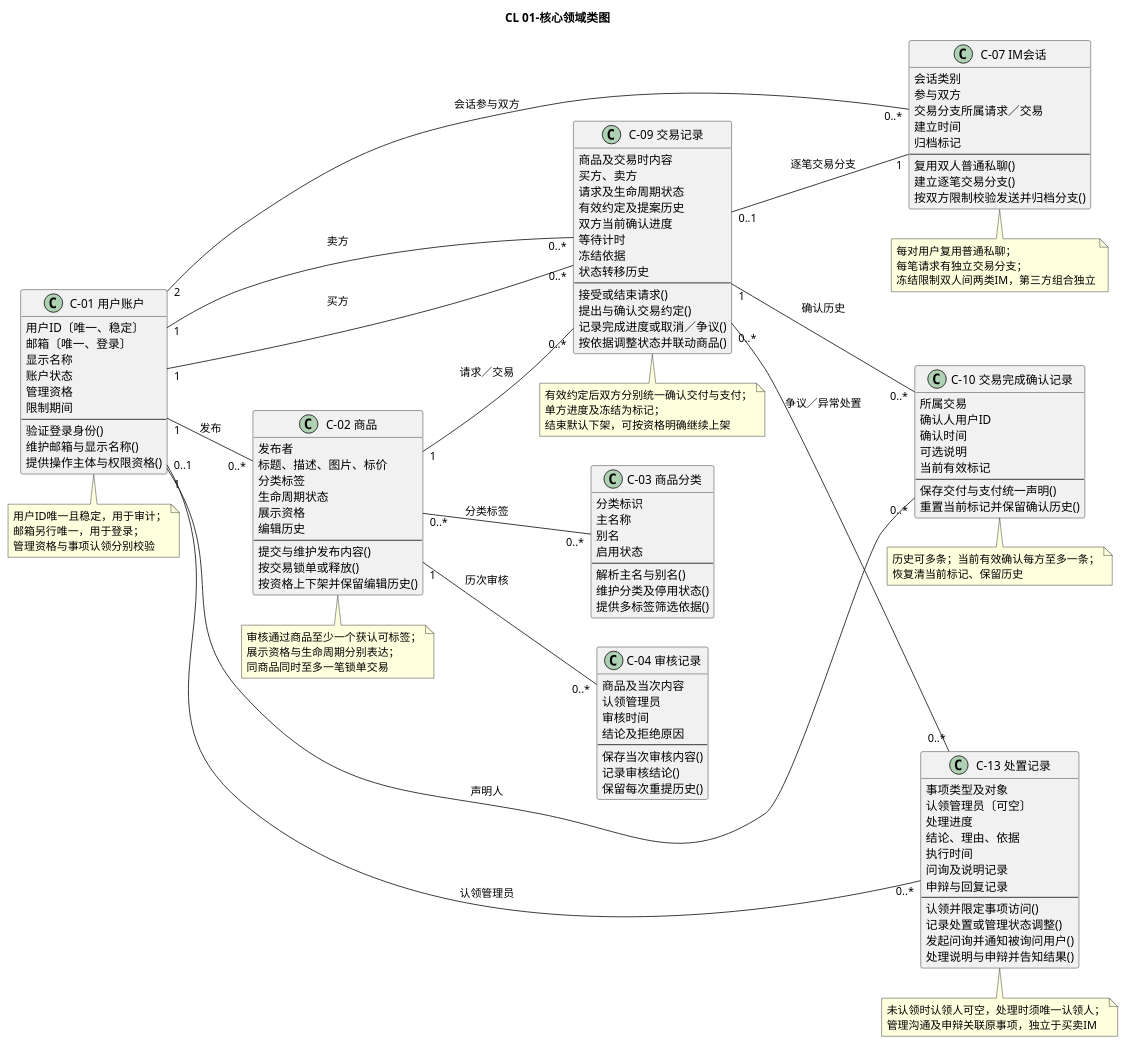
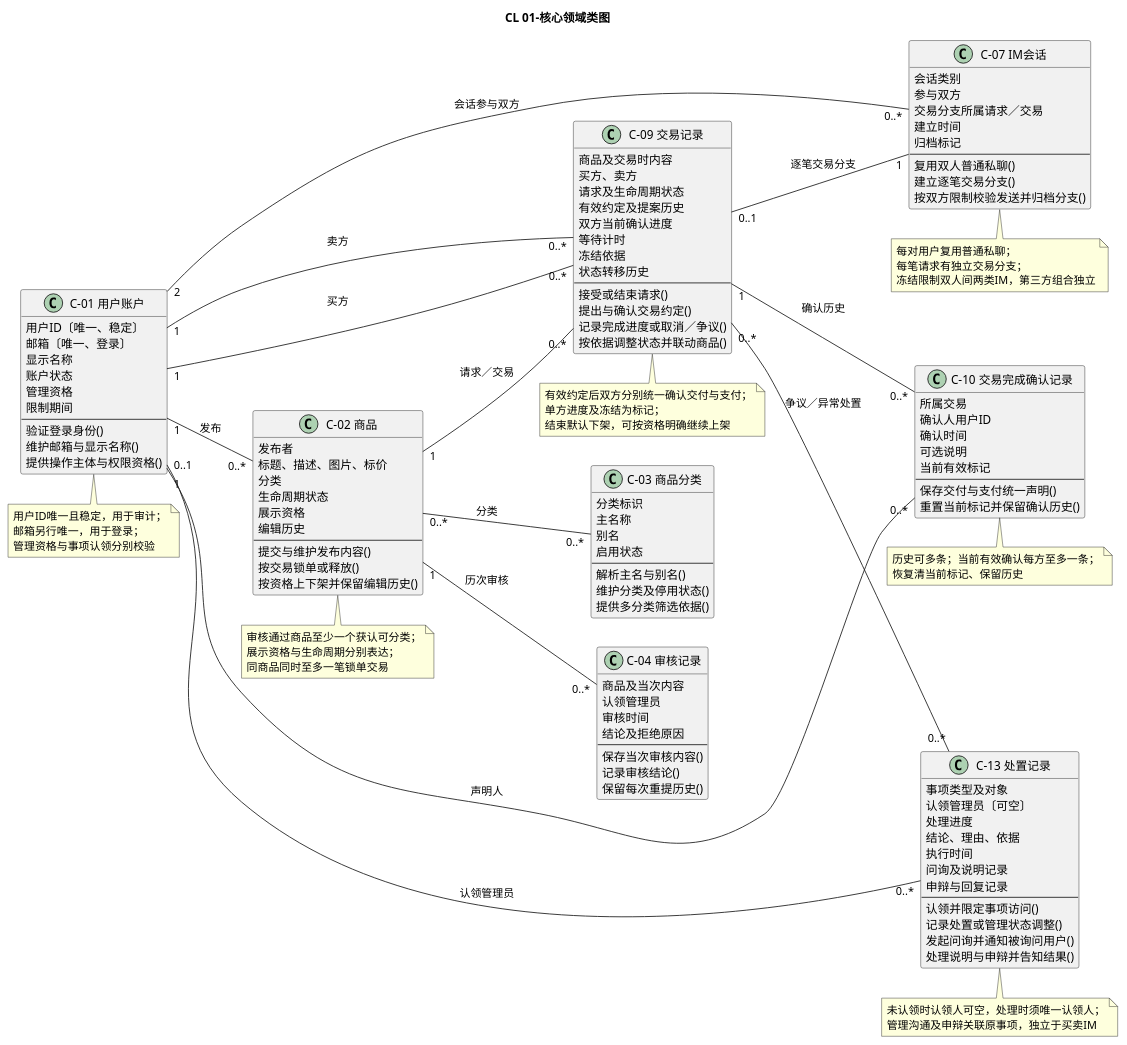
Before and after one commit to iy88/se-course-project-1: the diagram in docs/appendices/models/CL-01-核心领域类图.puml, drawn with PlantUML. The commit also changed other lines of this file and 53 other files, not shown here.

```diff
--- a/docs/appendices/models/CL-01-核心领域类图.puml
+++ b/docs/appendices/models/CL-01-核心领域类图.puml
@@ -6,145 +6,145 @@
 @startuml
 skinparam defaultFontName "PingFang SC"
 skinparam shadowing false
 skinparam classAttributeIconSize 0
 skinparam nodesep 35
 skinparam ranksep 45
 hide empty members
 
 title CL 01-核心领域类图
 left to right direction
 class "C-01 用户账户" as C01 {
   用户ID〔唯一、稳定〕
   邮箱〔唯一、登录〕
   显示名称
   账户状态
   管理资格
   限制期间
   --
   验证登录身份()
   维护邮箱与显示名称()
   提供操作主体与权限资格()
 }
 class "C-02 商品" as C02 {
   发布者
   标题、描述、图片、标价
-  分类标签
+  分类
   生命周期状态
   展示资格
   编辑历史
   --
   提交与维护发布内容()
   按交易锁单或释放()
   按资格上下架并保留编辑历史()
 }
 class "C-03 商品分类" as C03 {
   分类标识
   主名称
   别名
   启用状态
   --
   解析主名与别名()
   维护分类及停用状态()
-  提供多标签筛选依据()
+  提供多分类筛选依据()
 }
 class "C-04 审核记录" as C04 {
   商品及当次内容
   认领管理员
   审核时间
   结论及拒绝原因
   --
   保存当次审核内容()
   记录审核结论()
   保留每次重提历史()
 }
 class "C-07 IM会话" as C07 {
   会话类别
   参与双方
   交易分支所属请求／交易
   建立时间
   归档标记
   --
   复用双人普通私聊()
   建立逐笔交易分支()
   按双方限制校验发送并归档分支()
 }
 class "C-09 交易记录" as C09 {
   商品及交易时内容
   买方、卖方
   请求及生命周期状态
   有效约定及提案历史
   双方当前确认进度
   等待计时
   冻结依据
   状态转移历史
   --
   接受或结束请求()
   提出与确认交易约定()
   记录完成进度或取消／争议()
   按依据调整状态并联动商品()
 }
 class "C-10 交易完成确认记录" as C10 {
   所属交易
   确认人用户ID
   确认时间
   可选说明
   当前有效标记
   --
   保存交付与支付统一声明()
   重置当前标记并保留确认历史()
 }
 class "C-13 处置记录" as C13 {
   事项类型及对象
   认领管理员〔可空〕
   处理进度
   结论、理由、依据
   执行时间
   问询及说明记录
   申辩与回复记录
   --
   认领并限定事项访问()
   记录处置或管理状态调整()
   发起问询并通知被询问用户()
   处理说明与申辩并告知结果()
 }
 C01 "1" -- "0..*" C02 : 发布
-C02 "0..*" -- "0..*" C03 : 分类标签
+C02 "0..*" -- "0..*" C03 : 分类
 C02 "1" -- "0..*" C04 : 历次审核
 C02 "1" -- "0..*" C09 : 请求／交易
 C01 "2" -- "0..*" C07 : 会话参与双方
 C09 "0..1" -- "1" C07 : 逐笔交易分支
 C01 "1" -- "0..*" C09 : 买方
 C01 "1" -- "0..*" C09 : 卖方
 C09 "1" -- "0..*" C10 : 确认历史
 C01 "1" -- "0..*" C10 : 声明人
 C09 "0..*" -- "0..*" C13 : 争议／异常处置
 C01 "0..1" -- "0..*" C13 : 认领管理员
 note bottom of C01
 用户ID唯一且稳定，用于审计；
 邮箱另行唯一，用于登录；
 管理资格与事项认领分别校验
 end note
 note bottom of C02
-审核通过商品至少一个获认可标签；
+审核通过商品至少一个获认可分类；
 展示资格与生命周期分别表达；
 同商品同时至多一笔锁单交易
 end note
 note bottom of C07
 每对用户复用普通私聊；
 每笔请求有独立交易分支；
 冻结限制双人间两类IM，第三方组合独立
 end note
 note bottom of C09
 有效约定后双方分别统一确认交付与支付；
 单方进度及冻结为标记；
 结束默认下架，可按资格明确继续上架
 end note
 note bottom of C10
 历史可多条；当前有效确认每方至多一条；
 恢复清当前标记、保留历史
 end note
 note bottom of C13
 未认领时认领人可空，处理时须唯一认领人；
 管理沟通及申辩关联原事项，独立于买卖IM
 end note
 @enduml
```
